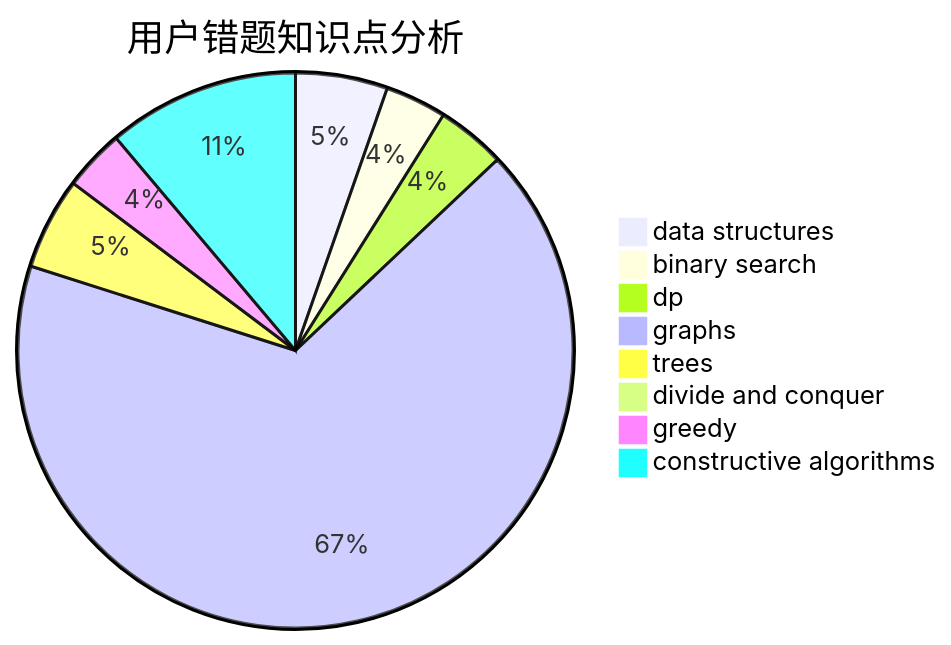
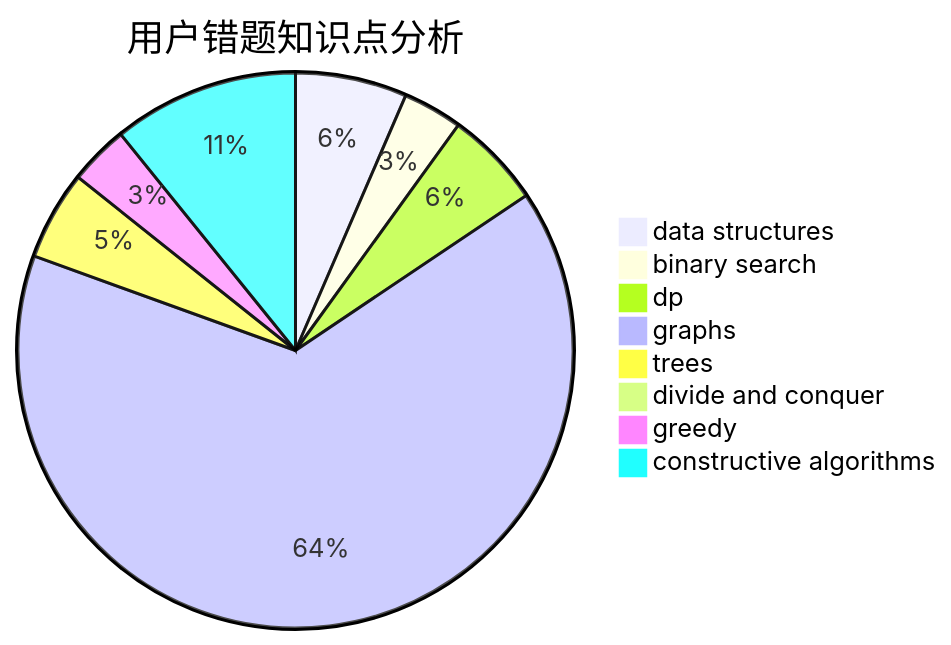
One commit to sherpahu/cfrs.github.io changed the third of 3 diagrams in docs/user/u1281.md. Above: the diagram before and after it, drawn with Mermaid. The commit also changed other lines of this file and 2770 other files, not shown here.

````diff
--- a/docs/user/u1281.md
+++ b/docs/user/u1281.md
@@ -36,11 +36,11 @@
 ```mermaid
 pie title 用户错题知识点分析
-    "data structures" :  12
+    "data structures" :  15
     "binary search" :  8
-    "dp" :  9
+    "dp" :  13
     "graphs" :  150
     "trees" :  12
-    "divide and conquer" :  0
+    "divide and conquer" :  2
     "greedy" :  8
     "constructive algorithms" :  25
 ```
````
